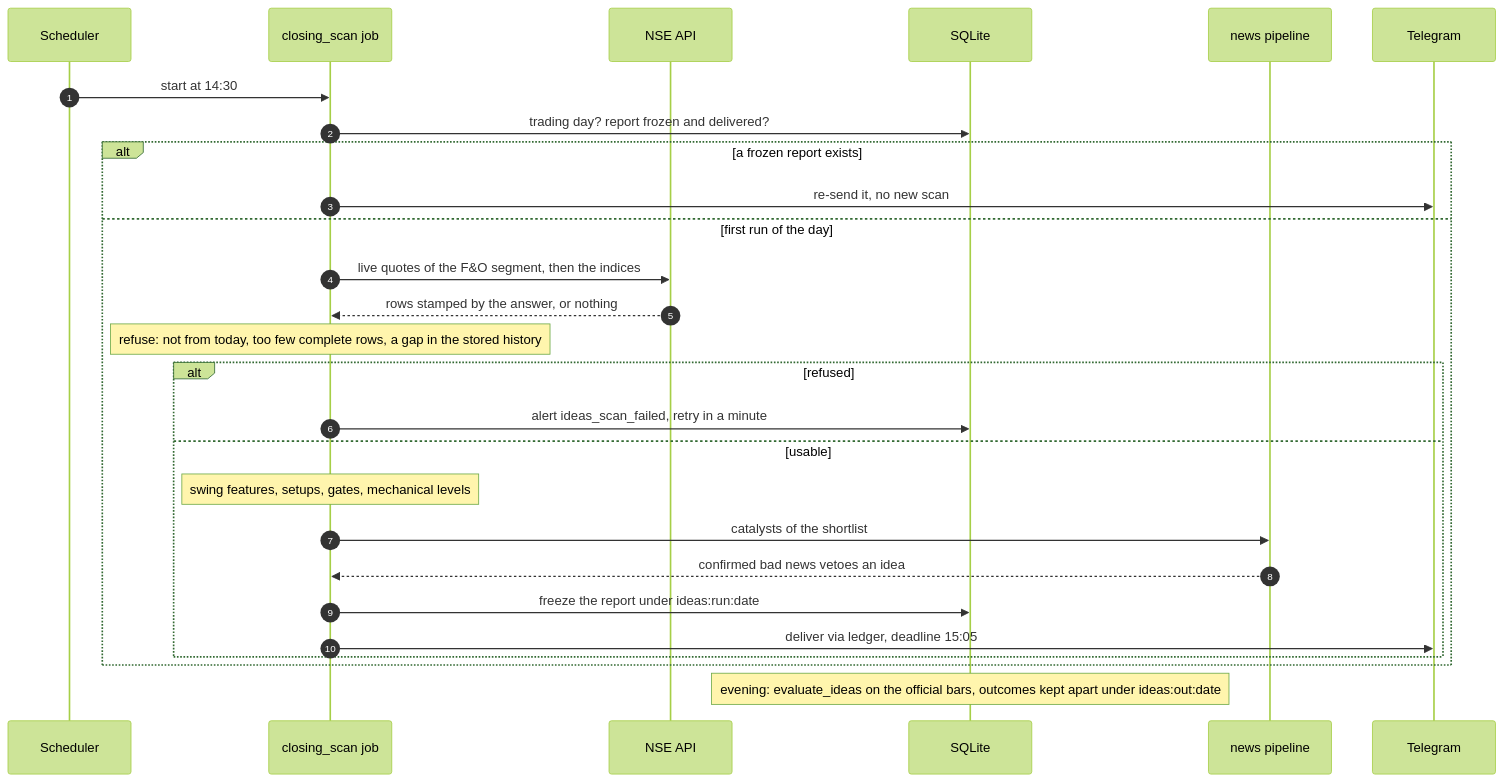
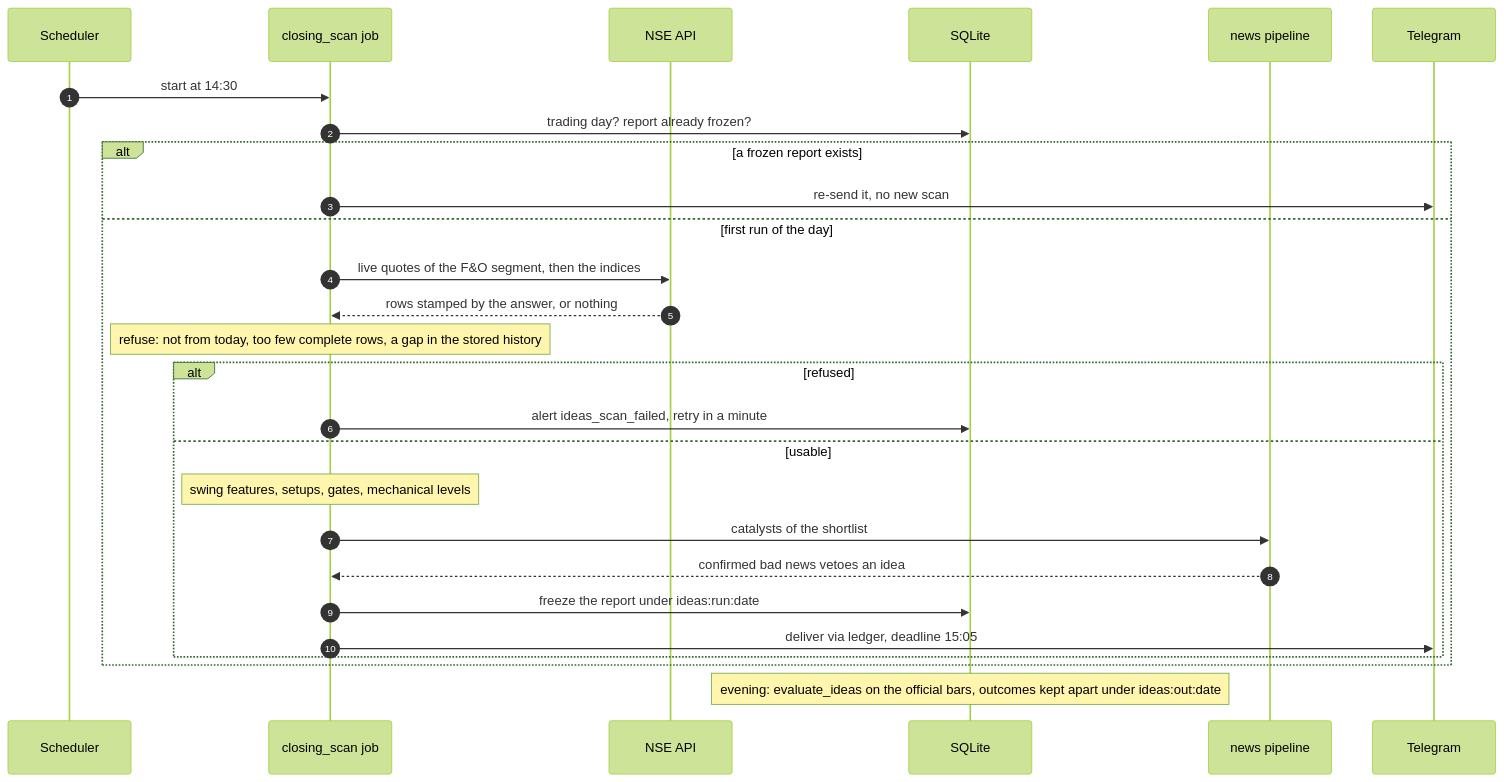
The seventh of 21 diagrams in MONSTER-AI/docs/ARCHITECTURE.md (amansoni7477030/MonsterStock_AI), drawn with Mermaid (forest theme) before and after one commit. The commit also changed other lines of this file and 7 other files, not shown here.

````diff
--- a/MONSTER-AI/docs/ARCHITECTURE.md
+++ b/MONSTER-AI/docs/ARCHITECTURE.md
@@ -265,30 +265,30 @@
 ```mermaid
 sequenceDiagram
     autonumber
     participant SCH as Scheduler
     participant RUN as closing_scan job
     participant NSE as NSE API
     participant DB as SQLite
     participant NEWS as news pipeline
     participant TG as Telegram
 
     SCH->>RUN: start at 14:30
-    RUN->>DB: trading day? report frozen and delivered?
+    RUN->>DB: trading day? report already frozen?
     alt a frozen report exists
         RUN->>TG: re-send it, no new scan
     else first run of the day
         RUN->>NSE: live quotes of the F&O segment, then the indices
         NSE-->>RUN: rows stamped by the answer, or nothing
         Note over RUN: refuse: not from today, too few complete rows, a gap in the stored history
         alt refused
             RUN->>DB: alert ideas_scan_failed, retry in a minute
         else usable
             Note over RUN: swing features, setups, gates, mechanical levels
             RUN->>NEWS: catalysts of the shortlist
             NEWS-->>RUN: confirmed bad news vetoes an idea
             RUN->>DB: freeze the report under ideas:run:date
             RUN->>TG: deliver via ledger, deadline 15:05
         end
     end
     Note over DB: evening: evaluate_ideas on the official bars, outcomes kept apart under ideas:out:date
 ```
````
